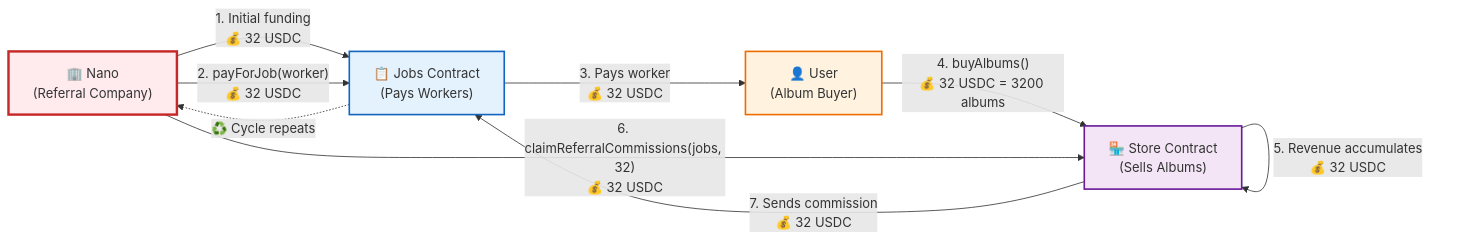
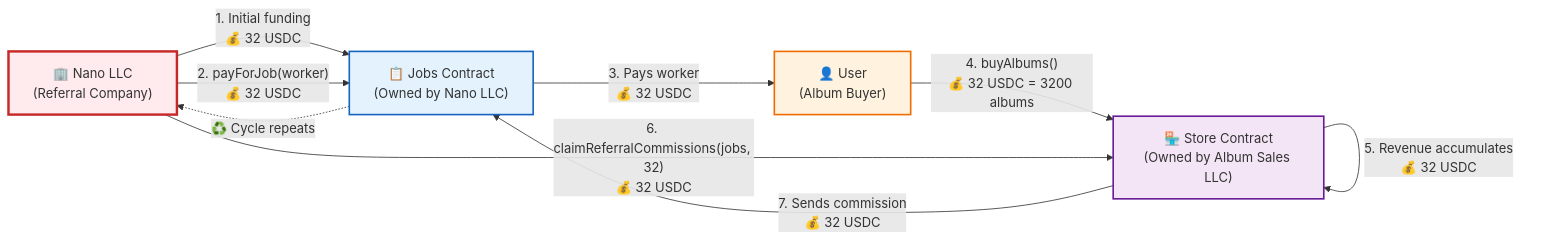
Before and after one commit to rowhq/hitmachine: the diagram in SIMPLE_FLOW.md, drawn with Mermaid. The commit also changed other lines of this file, not shown here.

Commit message:
docs: Add legal entity clarification - Nano LLC and Album Sales LLC

````diff
--- a/SIMPLE_FLOW.md
+++ b/SIMPLE_FLOW.md
@@ -5,24 +17,24 @@
 ```mermaid
 graph LR
     %% Entities
-    NANO["🏢 Nano<br/>(Referral Company)"]
-    JOBS["📋 Jobs Contract<br/>(Pays Workers)"]
+    NANO["🏢 Nano LLC<br/>(Referral Company)"]
+    JOBS["📋 Jobs Contract<br/>(Owned by Nano LLC)"]
     USER["👤 User<br/>(Album Buyer)"]
-    STORE["🏪 Store Contract<br/>(Sells Albums)"]
+    STORE["🏪 Store Contract<br/>(Owned by Album Sales LLC)"]
     
     %% Flow with method names
     NANO -->|"1. Initial funding<br/>💰 32 USDC"| JOBS
     NANO -->|"2. payForJob(worker)<br/>💰 32 USDC"| JOBS
     JOBS -->|"3. Pays worker<br/>💰 32 USDC"| USER
     USER -->|"4. buyAlbums()<br/>💰 32 USDC = 3200 albums"| STORE
     STORE -->|"5. Revenue accumulates<br/>💰 32 USDC"| STORE
     NANO -->|"6. claimReferralCommissions(jobs, 32)<br/>💰 32 USDC"| STORE
     STORE -->|"7. Sends commission<br/>💰 32 USDC"| JOBS
     JOBS -.->|"♻️ Cycle repeats"| NANO
     
     %% Styling
     style NANO fill:#ffebee,stroke:#c62828,stroke-width:3px
     style JOBS fill:#e3f2fd,stroke:#1565c0,stroke-width:2px
     style USER fill:#fff3e0,stroke:#ef6c00,stroke-width:2px
     style STORE fill:#f3e5f5,stroke:#6a1b9a,stroke-width:2px
 ```
````
